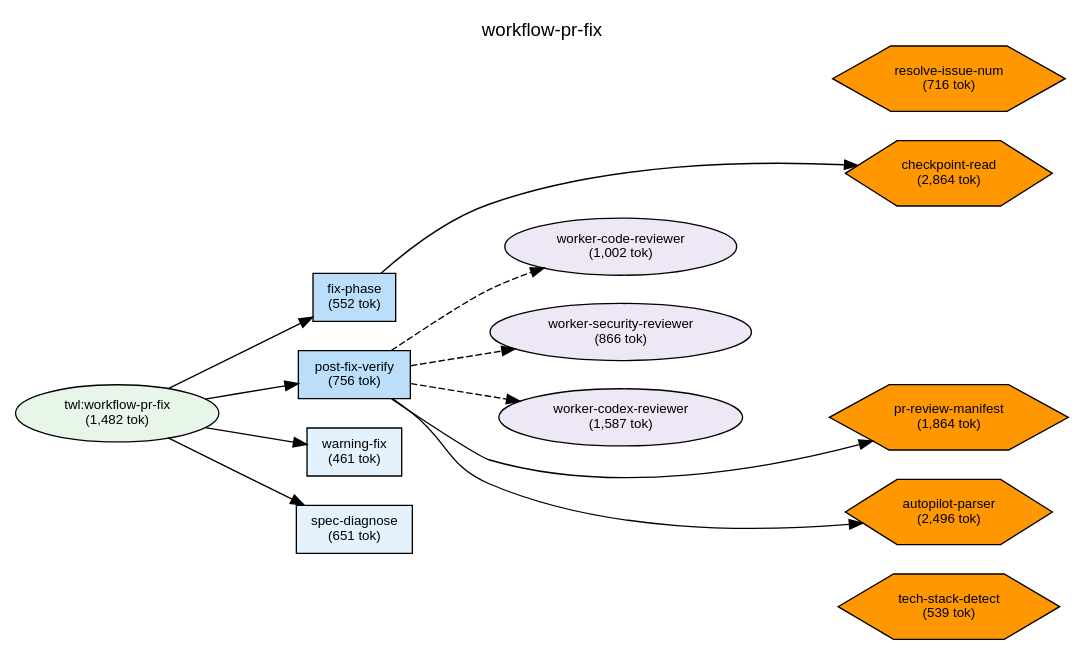
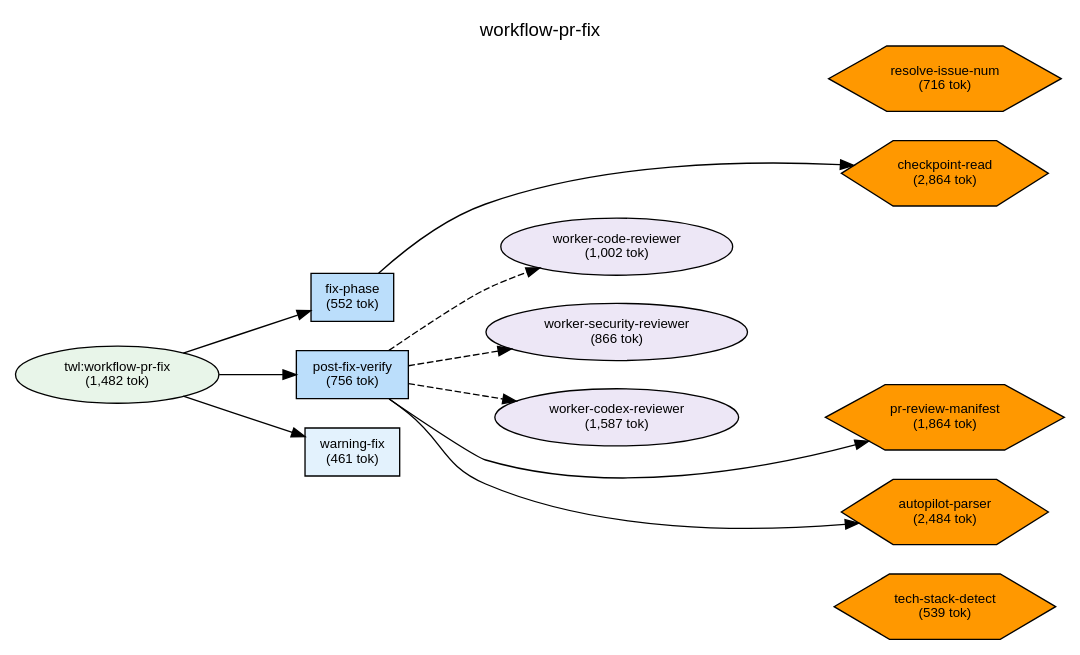
One commit to shuu5/twill changed the diagram in plugins/twl/docs/deps-workflow-pr-fix.dot. Above: the diagram before and after it, drawn with Graphviz. The commit also changed 33 other files, not shown here.

```diff
--- a/plugins/twl/docs/deps-workflow-pr-fix.dot
+++ b/plugins/twl/docs/deps-workflow-pr-fix.dot
@@ -1,76 +1,73 @@
 digraph Dependencies {
     // Graph settings
     rankdir=LR;
     ranksep=0.8;
     nodesep=0.3;
     fontname="Helvetica";
     node [fontname="Helvetica", fontsize=10];
     edge [fontname="Helvetica", fontsize=9];
     label="workflow-pr-fix";
     labelloc=t;
     fontsize=14;
 
     // L0: Controller Skills
 
     // L0: Launchers
 
     // L0.5: Workflow Skills
     skill_workflow_pr_fix [label="twl:workflow-pr-fix\n(1,482 tok)", shape=ellipse, style=filled, fillcolor="#e8f5e9"];
 
     // Reference Skills
 
     // L1: Direct Commands
     cmd_post_fix_verify [label="post-fix-verify\n(756 tok)", shape=box, style=filled, fillcolor="#bbdefb"];
     cmd_warning_fix [label="warning-fix\n(461 tok)", shape=box, style=filled, fillcolor="#e3f2fd"];
     cmd_fix_phase [label="fix-phase\n(552 tok)", shape=box, style=filled, fillcolor="#bbdefb"];
-    cmd_spec_diagnose [label="spec-diagnose\n(651 tok)", shape=box, style=filled, fillcolor="#e3f2fd"];
 
     // L2: Sub Commands
 
     // L3: Agents
     agent_worker_codex_reviewer [label="worker-codex-reviewer\n(1,587 tok)", shape=ellipse, style=filled, fillcolor="#ede7f6"];
     agent_worker_code_reviewer [label="worker-code-reviewer\n(1,002 tok)", shape=ellipse, style=filled, fillcolor="#ede7f6"];
     agent_worker_security_reviewer [label="worker-security-reviewer\n(866 tok)", shape=ellipse, style=filled, fillcolor="#ede7f6"];
 
     // L3.5: Scripts
     script_tech_stack_detect [label="tech-stack-detect\n(539 tok)", shape=hexagon, style=filled, fillcolor="#FF9800"];
-    script_autopilot_parser [label="autopilot-parser\n(2,496 tok)", shape=hexagon, style=filled, fillcolor="#FF9800"];
+    script_autopilot_parser [label="autopilot-parser\n(2,484 tok)", shape=hexagon, style=filled, fillcolor="#FF9800"];
     script_resolve_issue_num [label="resolve-issue-num\n(716 tok)", shape=hexagon, style=filled, fillcolor="#FF9800"];
     script_pr_review_manifest [label="pr-review-manifest\n(1,864 tok)", shape=hexagon, style=filled, fillcolor="#FF9800"];
     script_checkpoint_read [label="checkpoint-read\n(2,864 tok)", shape=hexagon, style=filled, fillcolor="#FF9800"];
 
     // L4: External
 
     // Layer constraints
     { rank=same; skill_workflow_pr_fix; }
-    { rank=same; cmd_post_fix_verify; cmd_warning_fix; cmd_fix_phase; cmd_spec_diagnose; }
+    { rank=same; cmd_post_fix_verify; cmd_warning_fix; cmd_fix_phase; }
     { rank=same; agent_worker_codex_reviewer; agent_worker_code_reviewer; agent_worker_security_reviewer; }
     { rank=same; script_tech_stack_detect; script_autopilot_parser; script_resolve_issue_num; script_pr_review_manifest; script_checkpoint_read; }
 
     // Edges
     skill_workflow_pr_fix -> cmd_fix_phase;
     skill_workflow_pr_fix -> cmd_post_fix_verify;
     skill_workflow_pr_fix -> cmd_warning_fix;
-    skill_workflow_pr_fix -> cmd_spec_diagnose;
     cmd_post_fix_verify -> agent_worker_code_reviewer [style=dashed];
     cmd_post_fix_verify -> agent_worker_security_reviewer [style=dashed];
     cmd_post_fix_verify -> agent_worker_codex_reviewer [style=dashed];
     cmd_post_fix_verify -> script_pr_review_manifest;
     cmd_post_fix_verify -> script_autopilot_parser;
     cmd_fix_phase -> script_checkpoint_read;
 
     // Ordering constraints (invisible edges)
     cmd_fix_phase -> cmd_post_fix_verify [style=invis, weight=10];
     cmd_post_fix_verify -> cmd_warning_fix [style=invis, weight=10];
-    cmd_warning_fix -> cmd_spec_diagnose [style=invis, weight=10];
     agent_worker_code_reviewer -> agent_worker_security_reviewer [style=invis, weight=10];
     agent_worker_security_reviewer -> agent_worker_codex_reviewer [style=invis, weight=10];
     agent_worker_codex_reviewer -> script_pr_review_manifest [style=invis, weight=10];
     script_pr_review_manifest -> script_autopilot_parser [style=invis, weight=10];
     script_autopilot_parser -> script_tech_stack_detect [style=invis, weight=10];
     agent_worker_code_reviewer -> agent_worker_security_reviewer [style=invis, weight=10];
     script_pr_review_manifest -> script_autopilot_parser [style=invis, weight=10];
     script_autopilot_parser -> script_tech_stack_detect [style=invis, weight=10];
     agent_worker_code_reviewer -> agent_worker_security_reviewer [style=invis, weight=10];
 
 }
```
